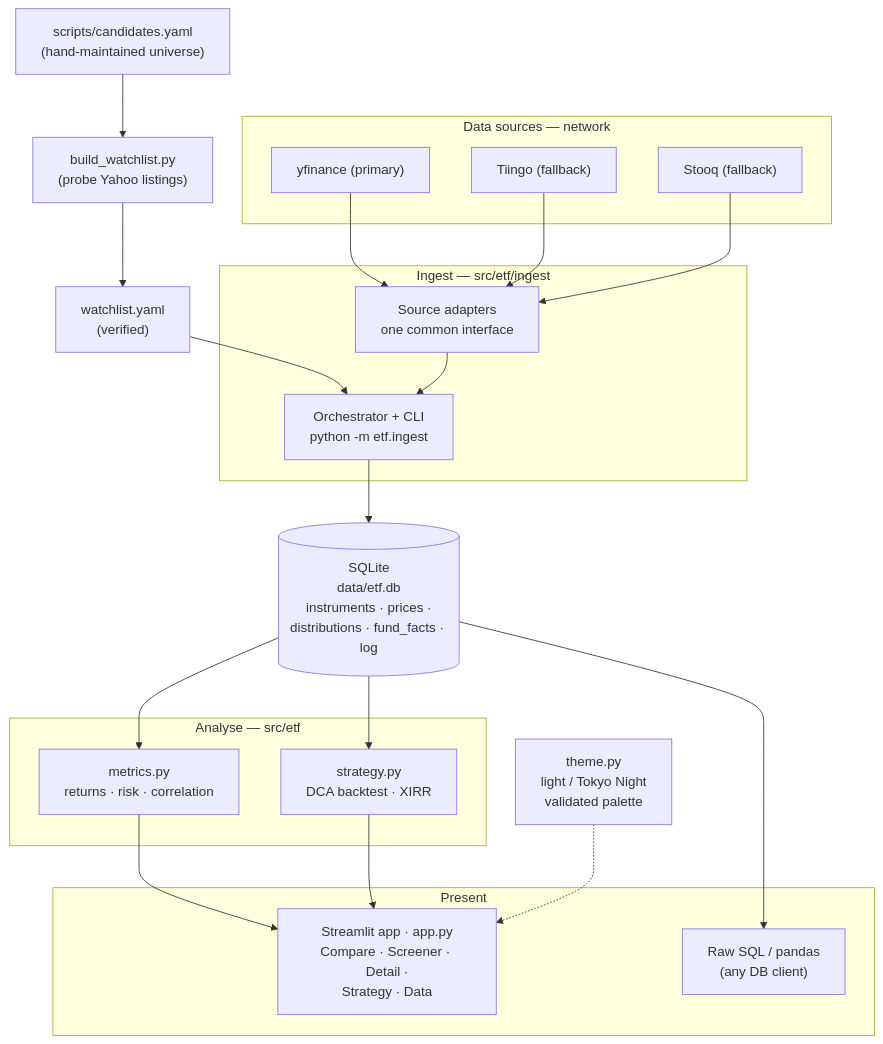
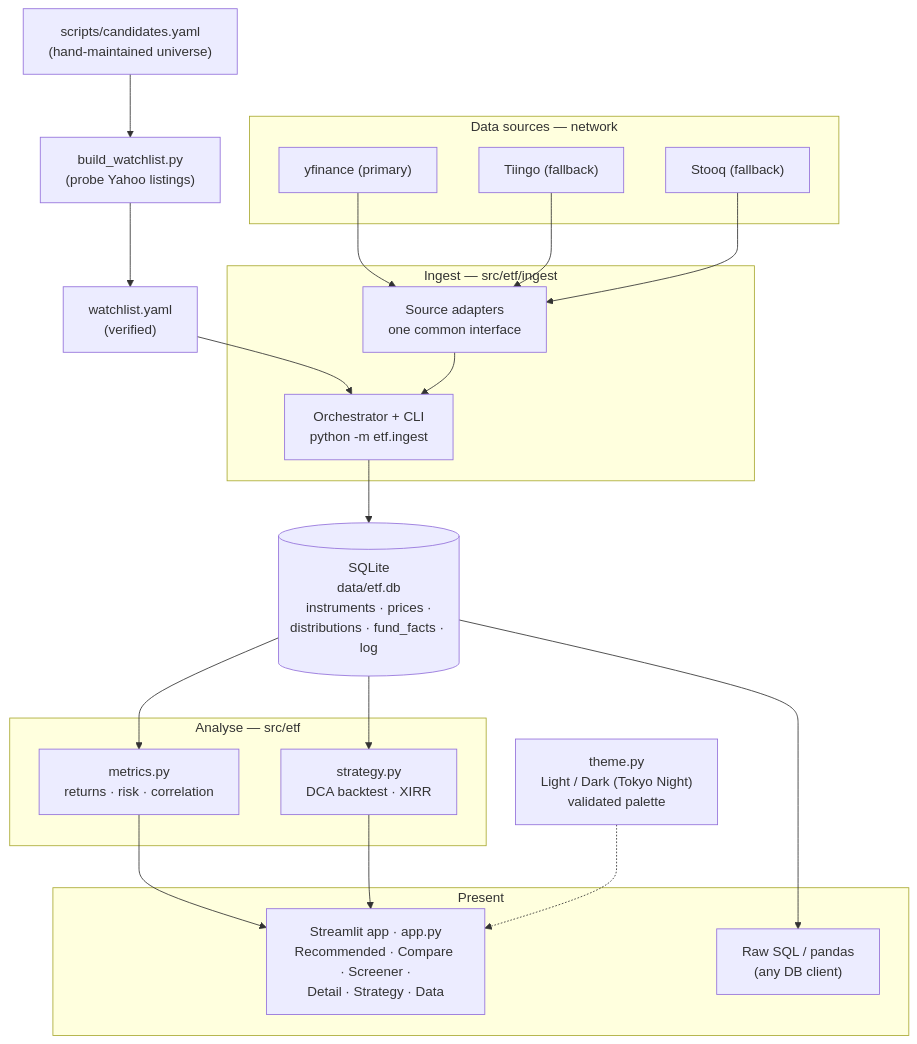
The diagram in README.md (samalyarov/etf_comparison), drawn with Mermaid before and after one commit. The commit also changed other lines of this file and 5 other files, not shown here.

````diff
--- a/README.md
+++ b/README.md
@@ -38,40 +41,40 @@
 ```mermaid
 flowchart TD
     CAND["scripts/candidates.yaml<br/>(hand-maintained universe)"] --> BW["build_watchlist.py<br/>(probe Yahoo listings)"]
     BW --> WL["watchlist.yaml<br/>(verified)"]
 
     subgraph SRC["Data sources — network"]
         Y["yfinance (primary)"]
         TI["Tiingo (fallback)"]
         ST["Stooq (fallback)"]
     end
 
     subgraph ING["Ingest — src/etf/ingest"]
         AD["Source adapters<br/>one common interface"]
         ORC["Orchestrator + CLI<br/>python -m etf.ingest"]
     end
 
     DB[("SQLite<br/>data/etf.db<br/>instruments · prices ·<br/>distributions · fund_facts · log")]
 
     subgraph ANA["Analyse — src/etf"]
         MET["metrics.py<br/>returns · risk · correlation"]
         STR["strategy.py<br/>DCA backtest · XIRR"]
     end
 
     subgraph PRE["Present"]
-        UI["Streamlit app · app.py<br/>Compare · Screener · Detail ·<br/>Strategy · Data"]
+        UI["Streamlit app · app.py<br/>Recommended · Compare · Screener ·<br/>Detail · Strategy · Data"]
         RAW["Raw SQL / pandas<br/>(any DB client)"]
     end
 
-    THEME["theme.py<br/>light / Tokyo Night<br/>validated palette"]
+    THEME["theme.py<br/>Light / Dark (Tokyo Night)<br/>validated palette"]
 
     WL --> ORC
     Y --> AD
     TI --> AD
     ST --> AD
     AD --> ORC --> DB
     DB --> MET --> UI
     DB --> STR --> UI
     DB --> RAW
     THEME -.-> UI
 ```
````
